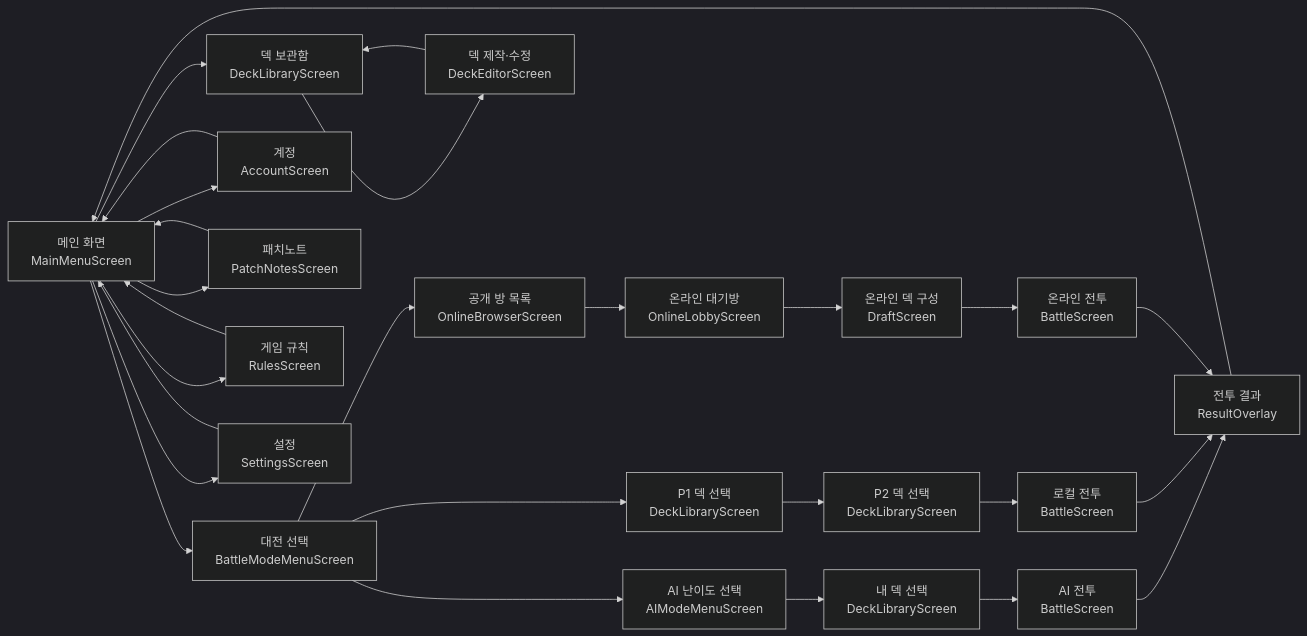
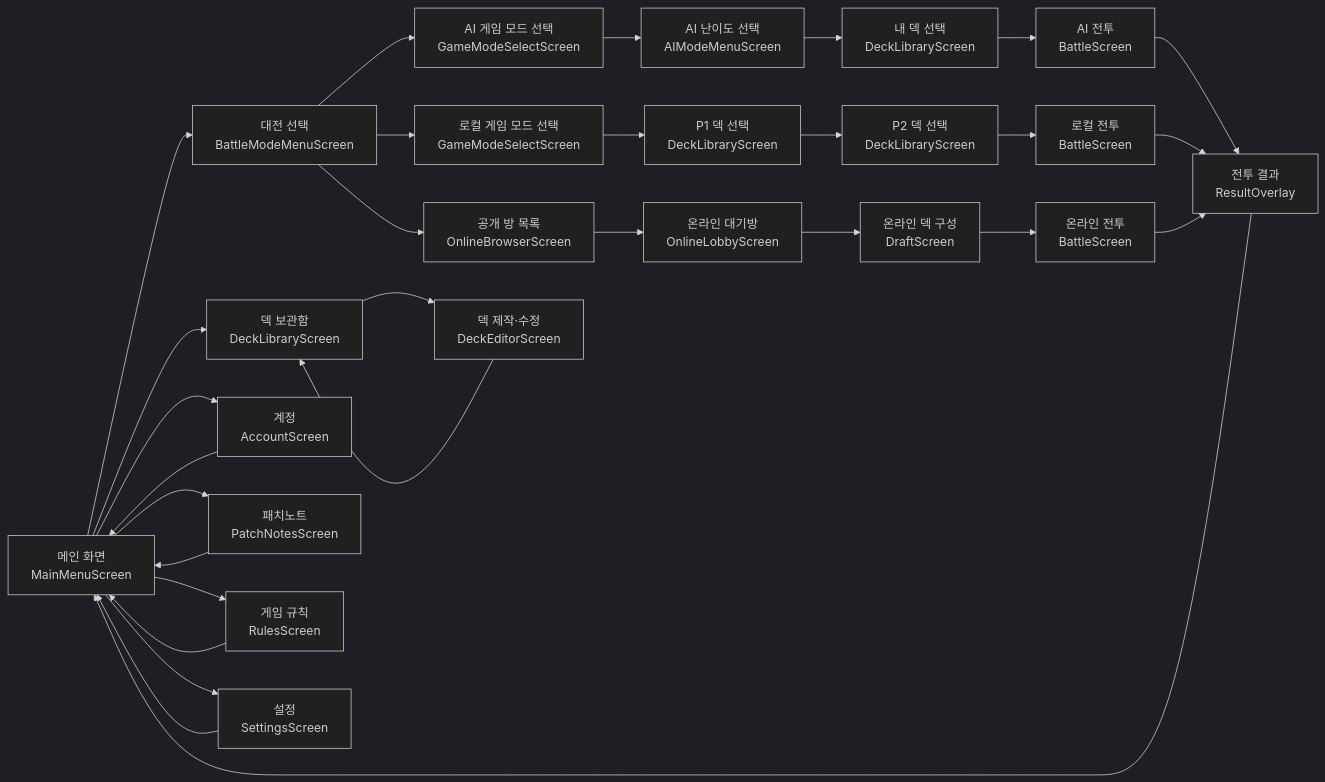
The diagram in docs/SCENE_MAP.md (GndaI/BestTCGidea), drawn with Mermaid (dark theme) before and after one commit. The commit also changed other lines of this file and 17 other files, not shown here.

Commit message:
plus game mode

````diff
--- a/docs/SCENE_MAP.md
+++ b/docs/SCENE_MAP.md
@@ -5,17 +5,17 @@
 ```mermaid
 flowchart LR
     MAIN["메인 화면<br/>MainMenuScreen"] --> BMODE["대전 선택<br/>BattleModeMenuScreen"]
-    BMODE --> AI["AI 난이도 선택<br/>AIModeMenuScreen"]
+    BMODE --> AIGMODE["AI 게임 모드 선택<br/>GameModeSelectScreen"] --> AI["AI 난이도 선택<br/>AIModeMenuScreen"]
     AI --> AIDECK["내 덱 선택<br/>DeckLibraryScreen"] --> AIBATTLE["AI 전투<br/>BattleScreen"]
-    BMODE --> P1DECK["P1 덱 선택<br/>DeckLibraryScreen"] --> P2DECK["P2 덱 선택<br/>DeckLibraryScreen"] --> LOCAL["로컬 전투<br/>BattleScreen"]
+    BMODE --> LOCALGMODE["로컬 게임 모드 선택<br/>GameModeSelectScreen"] --> P1DECK["P1 덱 선택<br/>DeckLibraryScreen"] --> P2DECK["P2 덱 선택<br/>DeckLibraryScreen"] --> LOCAL["로컬 전투<br/>BattleScreen"]
     BMODE --> ROOMS["공개 방 목록<br/>OnlineBrowserScreen"] --> LOBBY["온라인 대기방<br/>OnlineLobbyScreen"] --> DRAFT["온라인 덱 구성<br/>DraftScreen"] --> ONLINE["온라인 전투<br/>BattleScreen"]
     AIBATTLE --> RESULT["전투 결과<br/>ResultOverlay"]
     LOCAL --> RESULT
     ONLINE --> RESULT
     RESULT --> MAIN
     MAIN --> DECKS["덱 보관함<br/>DeckLibraryScreen"] --> EDITOR["덱 제작·수정<br/>DeckEditorScreen"] --> DECKS
     MAIN --> ACCOUNT["계정<br/>AccountScreen"] --> MAIN
     MAIN --> PATCH["패치노트<br/>PatchNotesScreen"] --> MAIN
     MAIN --> RULES["게임 규칙<br/>RulesScreen"] --> MAIN
     MAIN --> SETTINGS["설정<br/>SettingsScreen"] --> MAIN
 ```
````
